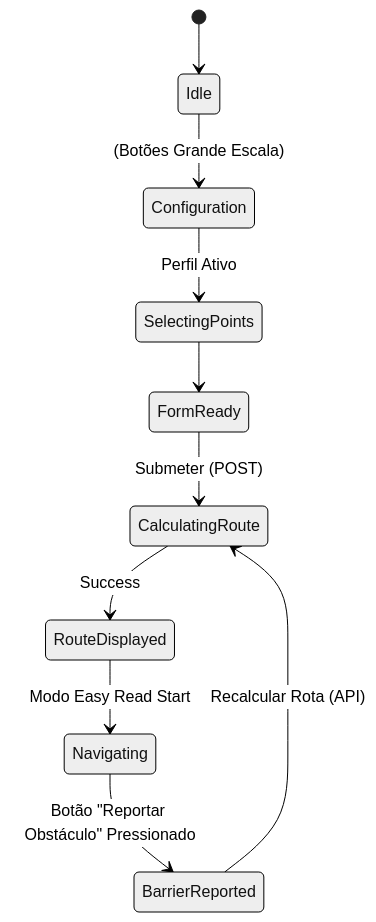
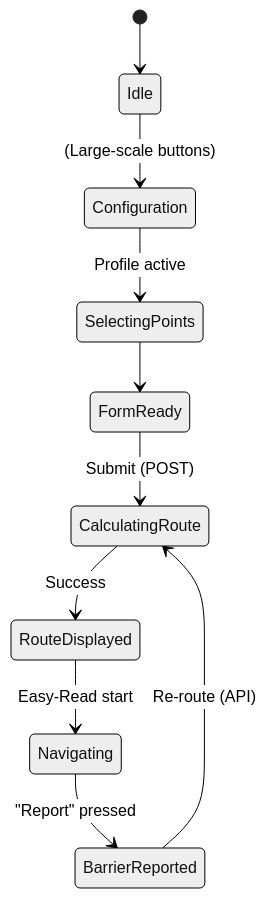
One commit to antoniosfnascimento/IPC changed the third of 3 diagrams in docs/documentacaoPlataforma/Especificacao_Desenvolvimento_App.md. Above: the diagram before and after it, drawn with Mermaid (neutral theme). The commit also changed other lines of this file and 50 other files, not shown here.

````diff
--- a/docs/documentacaoPlataforma/Especificacao_Desenvolvimento_App.md
+++ b/docs/documentacaoPlataforma/Especificacao_Desenvolvimento_App.md
@@ -195,12 +200,12 @@
 ```mermaid
 stateDiagram-v2
     [*] --> Idle
-    Idle --> Configuration: (Botões Grande Escala)
-    Configuration --> SelectingPoints: Perfil Ativo
+    Idle --> Configuration: (Large-scale buttons)
+    Configuration --> SelectingPoints: Profile active
     SelectingPoints --> FormReady
-    FormReady --> CalculatingRoute: Submeter (POST)
+    FormReady --> CalculatingRoute: Submit (POST)
     CalculatingRoute --> RouteDisplayed: Success
-    RouteDisplayed --> Navigating: Modo Easy Read Start
-    Navigating --> BarrierReported: Botão "Reportar Obstáculo" Pressionado
-    BarrierReported --> CalculatingRoute: Recalcular Rota (API)
+    RouteDisplayed --> Navigating: Easy-Read start
+    Navigating --> BarrierReported: "Report" pressed
+    BarrierReported --> CalculatingRoute: Re-route (API)
 ```
````
